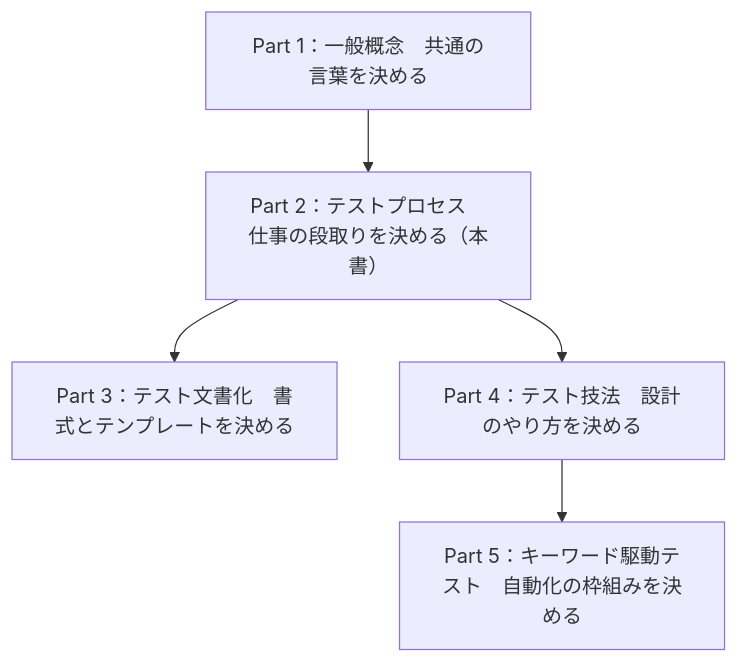
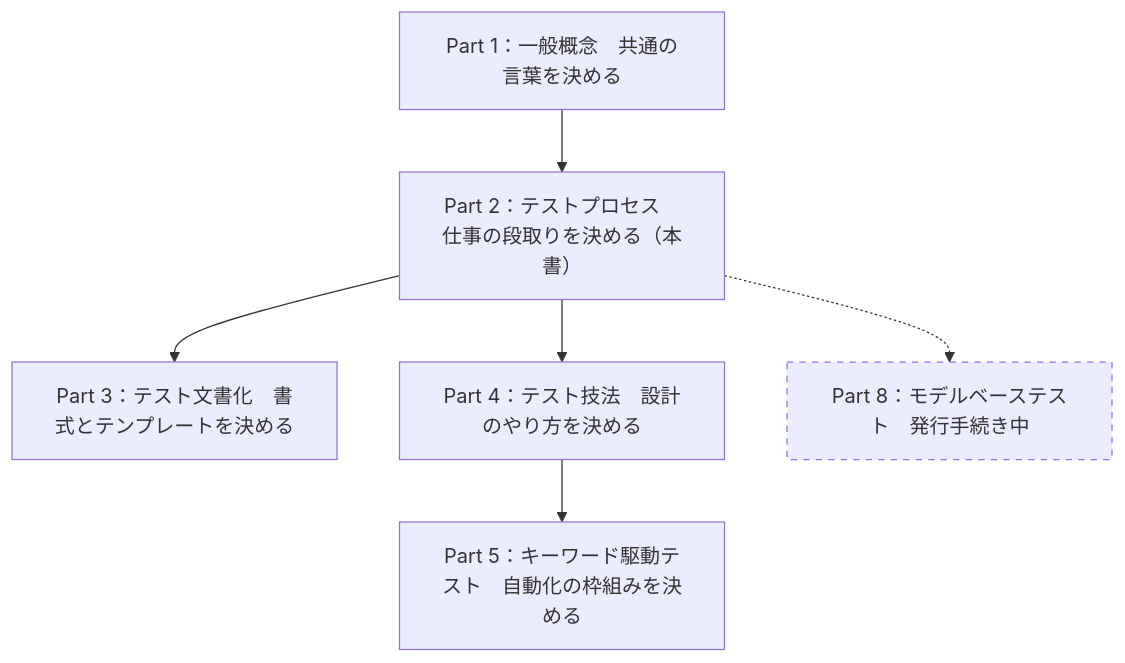
Before and after one commit to myoshi2891/Quality-Assurance-Studies: the first of 17 diagrams in Iso-29119-2-test-processes-guide.md, drawn with Mermaid. The commit also changed other lines of this file, not shown here.

Commit message:
docs(iso-29119-2): add part 8 model-based testing to series overview diagram

````diff
--- a/Iso-29119-2-test-processes-guide.md
+++ b/Iso-29119-2-test-processes-guide.md
@@ -107,12 +107,15 @@
 ```mermaid
 flowchart TD
     SR1["Part 1：一般概念　共通の言葉を決める"]
     SR2["Part 2：テストプロセス　仕事の段取りを決める（本書）"]
     SR3["Part 3：テスト文書化　書式とテンプレートを決める"]
     SR4["Part 4：テスト技法　設計のやり方を決める"]
     SR5["Part 5：キーワード駆動テスト　自動化の枠組みを決める"]
+    SR8["Part 8：モデルベーステスト　発行手続き中"]
     SR1 --> SR2
     SR2 --> SR3
     SR2 --> SR4
     SR4 --> SR5
+    SR2 -.-> SR8
+    style SR8 stroke-dasharray: 5 5
 ```
````
